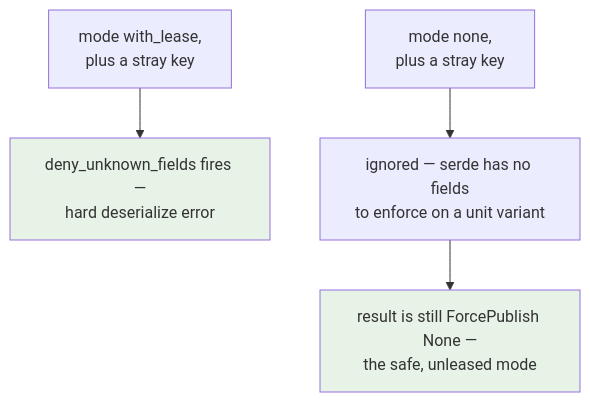
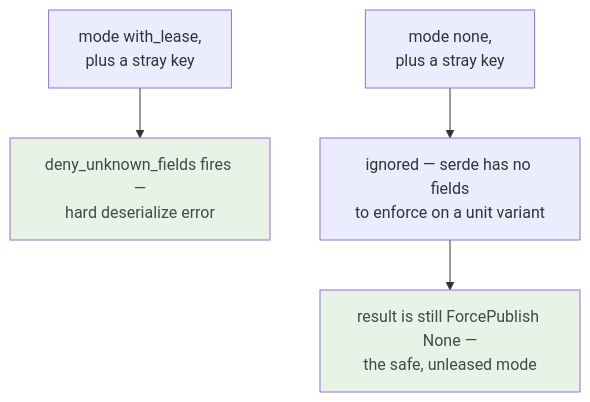
The seventh of 7 diagrams in docs/adr/0039-remote-operation-vocabulary.md (tom2025b/git-vista), drawn with Mermaid before and after one commit. The commit also changed other lines of this file and 21 other files, not shown here.

````diff
--- a/docs/adr/0039-remote-operation-vocabulary.md
+++ b/docs/adr/0039-remote-operation-vocabulary.md
@@ -324,8 +324,8 @@
 ```mermaid
 flowchart TD
     A["mode with_lease,<br/>plus a stray key"] --> B["deny_unknown_fields fires —<br/>hard deserialize error"]
     C["mode none,<br/>plus a stray key"] --> D["ignored — serde has no fields<br/>to enforce on a unit variant"]
     D --> E["result is still ForcePublish None —<br/>the safe, unleased mode"]
-    style B fill:#e6f3e6
-    style E fill:#e6f3e6
+    style B fill:#e6f3e6,color:#454845
+    style E fill:#e6f3e6,color:#454845
 ```
````
